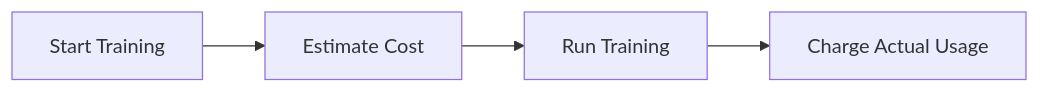
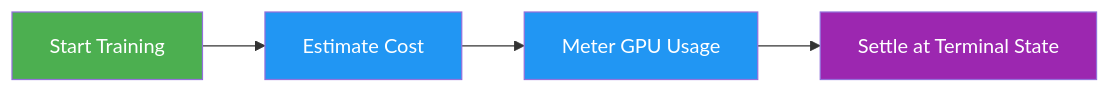
One commit to KATe-AGI/Embodied_VG changed the diagram in ultralytics/docs/en/platform/account/billing.md. Above: the diagram before and after it, drawn with Mermaid. The commit also changed other lines of this file and 980 other files, not shown here.

````diff
--- a/ultralytics/docs/en/platform/account/billing.md
+++ b/ultralytics/docs/en/platform/account/billing.md
@@ -171,6 +181,10 @@
 ```mermaid
 flowchart LR
-    A[Start Training] --> B[Estimate Cost]
-    B --> C[Run Training]
-    C --> D[Charge Actual Usage]
+    A[Start Training]:::start --> B[Estimate Cost]:::proc
+    B --> C[Meter GPU Usage]:::proc
+    C --> D[Settle at Terminal State]:::out
+
+    classDef start fill:#4CAF50,color:#fff
+    classDef proc fill:#2196F3,color:#fff
+    classDef out fill:#9C27B0,color:#fff
 ```
````
